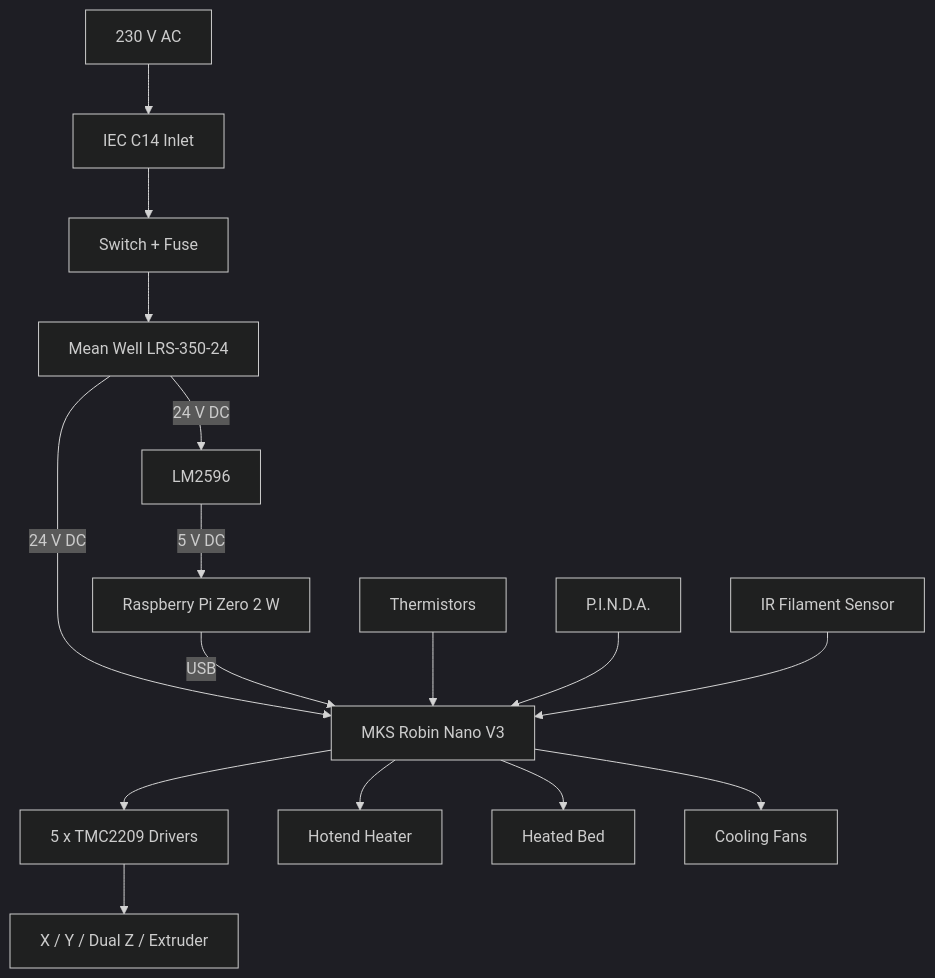
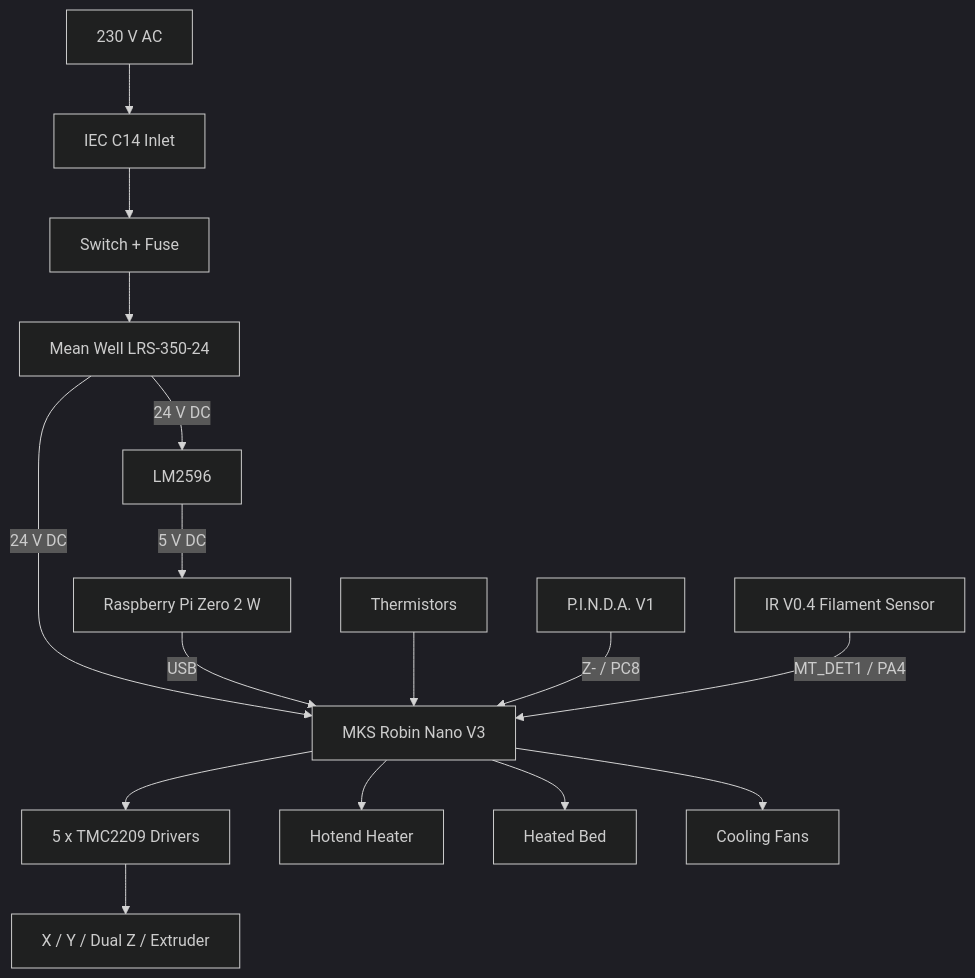
One commit to EdgarMata/MY-Machines-Docs changed the diagram in docs/3d-printers/my-cloner/wiring/index.md. Above: the diagram before and after it, drawn with Mermaid (dark theme). The commit also changed other lines of this file and 68 other files, not shown here.

````diff
--- a/docs/3d-printers/my-cloner/wiring/index.md
+++ b/docs/3d-printers/my-cloner/wiring/index.md
@@ -20,23 +22,23 @@
 ```mermaid
 graph TD
     AC[230 V AC] --> IEC[IEC C14 Inlet]
     IEC --> SW[Switch + Fuse]
     SW --> PSU[Mean Well LRS-350-24]
 
     PSU -->|24 V DC| BOARD[MKS Robin Nano V3]
     PSU -->|24 V DC| LM[LM2596]
     LM -->|5 V DC| PI[Raspberry Pi Zero 2 W]
 
     PI -->|USB| BOARD
 
     BOARD --> DRIVERS[5 x TMC2209 Drivers]
     DRIVERS --> MOTION[X / Y / Dual Z / Extruder]
 
     BOARD --> HOTEND[Hotend Heater]
     BOARD --> BED[Heated Bed]
     BOARD --> FANS[Cooling Fans]
 
     THERM[Thermistors] --> BOARD
-    PINDA[P.I.N.D.A.] --> BOARD
-    FILAMENT[IR Filament Sensor] --> BOARD
+    PINDA[P.I.N.D.A. V1] -->|Z- / PC8| BOARD
+    FILAMENT[IR V0.4 Filament Sensor] -->|MT_DET1 / PA4| BOARD
 ```
````
